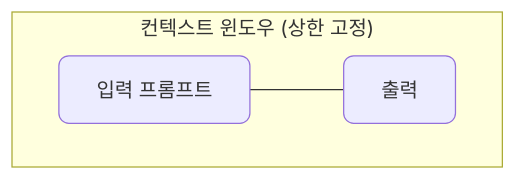
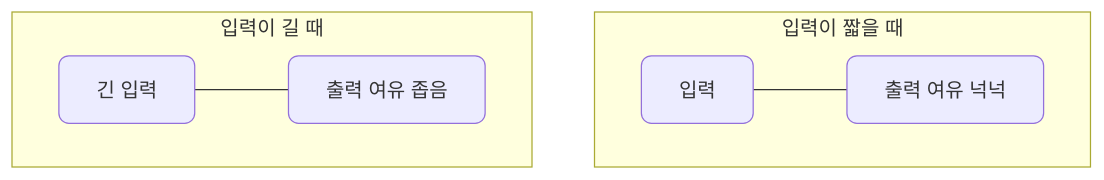
One commit to CodeCompose7/ai_service_engineering changed the ninth of 13 diagrams in docs/section1/lec02/README.md. Above: the diagram before and after it, drawn with Mermaid. The commit also changed other lines of this file, not shown here.

First line of the commit message:
lec02: 멘탈 모델 단위 확장과 다이어그램 보강

````diff
--- a/docs/section1/lec02/README.md
+++ b/docs/section1/lec02/README.md
@@ -80,8 +160,12 @@
 ```mermaid
-flowchart LR
-  subgraph CW["컨텍스트 윈도우 (상한 고정)"]
+flowchart TB
+  subgraph A["입력이 짧을 때"]
     direction LR
-    INPUT["입력 프롬프트"] --- OUTPUT["출력"]
+    AI["입력"] --- AO["출력 여유 넉넉"]
+  end
+  subgraph B["입력이 길 때"]
+    direction LR
+    BI["긴 입력"] --- BO["출력 여유 좁음"]
   end
   classDef default rx:8,ry:8;
 ```
````
